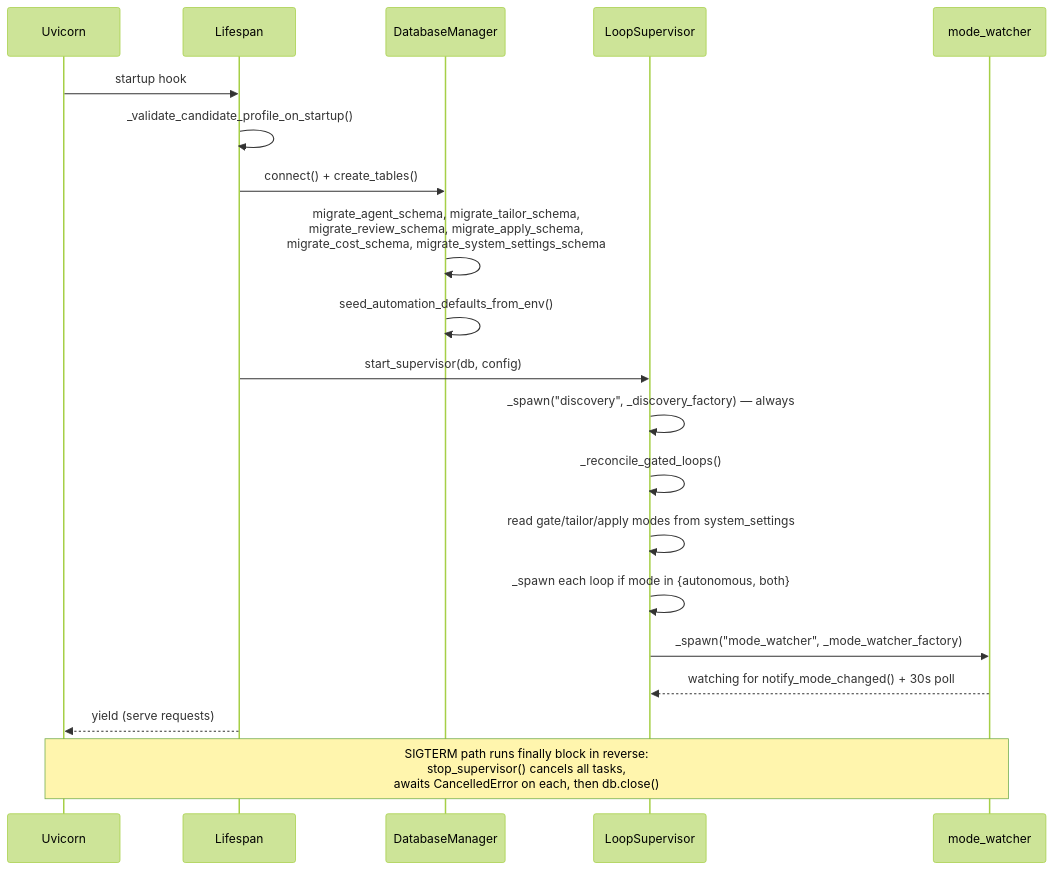
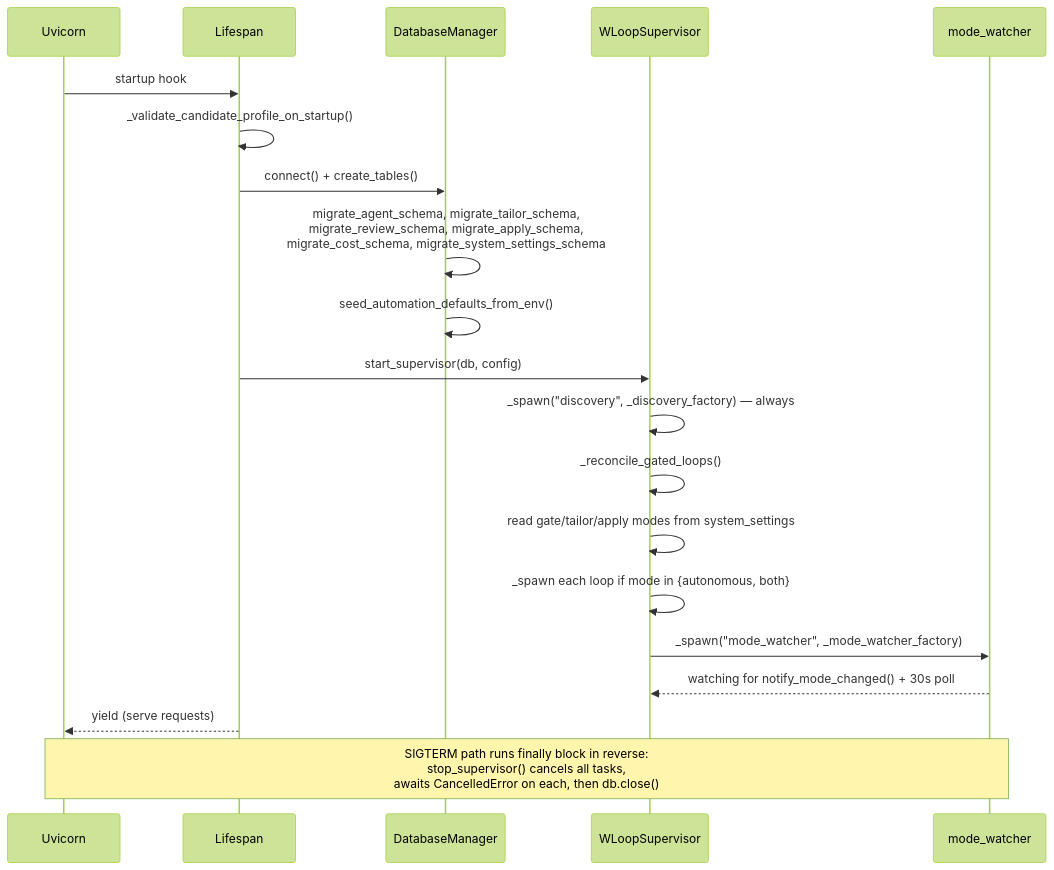
Before and after one commit to joeyspagnoli/agentic-job-applier: the second of 4 diagrams in spec/architecture.md, drawn with Mermaid (forest theme). The commit also changed other lines of this file and 4 other files, not shown here.

First line of the commit message:
docs(spec): fix mermaid 'Loop' keyword conflict + point README at spec/

````diff
--- a/spec/architecture.md
+++ b/spec/architecture.md
@@ -55,24 +55,24 @@
 ```mermaid
 sequenceDiagram
   participant Uvicorn
   participant Lifespan
   participant DB as DatabaseManager
-  participant Sup as LoopSupervisor
+  participant Sup as WLoopSupervisor
   participant Watch as mode_watcher
 
   Uvicorn->>Lifespan: startup hook
   Lifespan->>Lifespan: _validate_candidate_profile_on_startup()
   Lifespan->>DB: connect() + create_tables()
   DB->>DB: migrate_agent_schema, migrate_tailor_schema,<br/>migrate_review_schema, migrate_apply_schema,<br/>migrate_cost_schema, migrate_system_settings_schema
   DB->>DB: seed_automation_defaults_from_env()
   Lifespan->>Sup: start_supervisor(db, config)
   Sup->>Sup: _spawn("discovery", _discovery_factory) — always
   Sup->>Sup: _reconcile_gated_loops()
   Sup->>Sup: read gate/tailor/apply modes from system_settings
   Sup->>Sup: _spawn each loop if mode in {autonomous, both}
   Sup->>Watch: _spawn("mode_watcher", _mode_watcher_factory)
   Watch-->>Sup: watching for notify_mode_changed() + 30s poll
   Lifespan-->>Uvicorn: yield (serve requests)
 
   Note over Uvicorn,Watch: SIGTERM path runs finally block in reverse:<br/>stop_supervisor() cancels all tasks,<br/>awaits CancelledError on each, then db.close()
 ```
````
